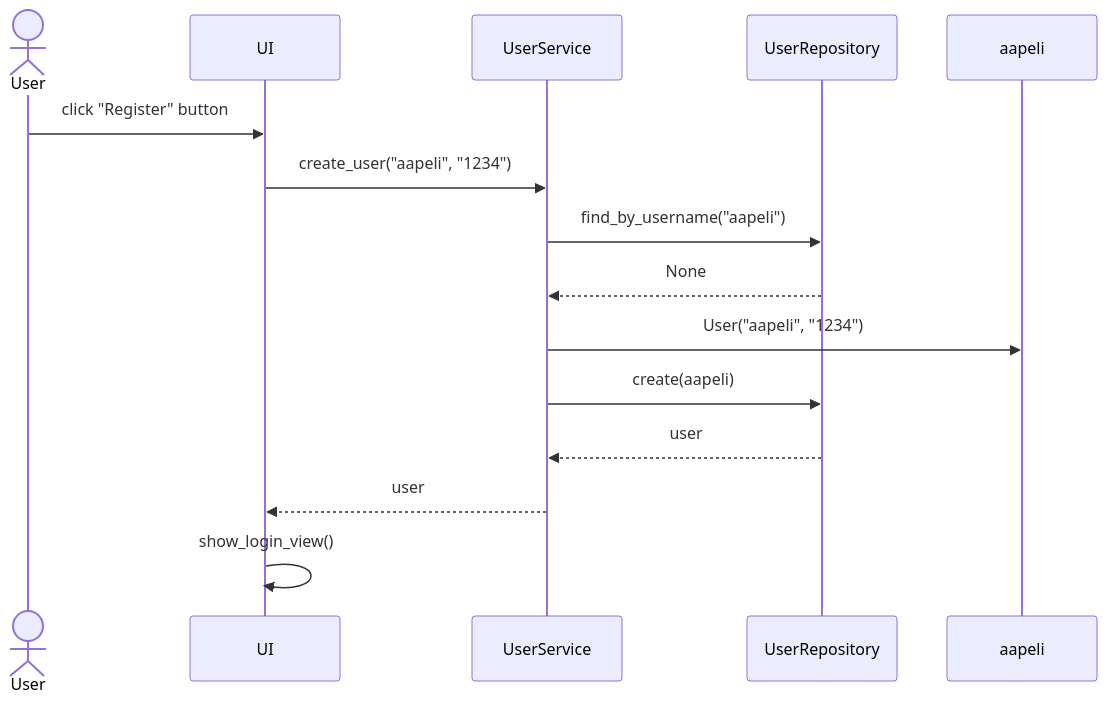
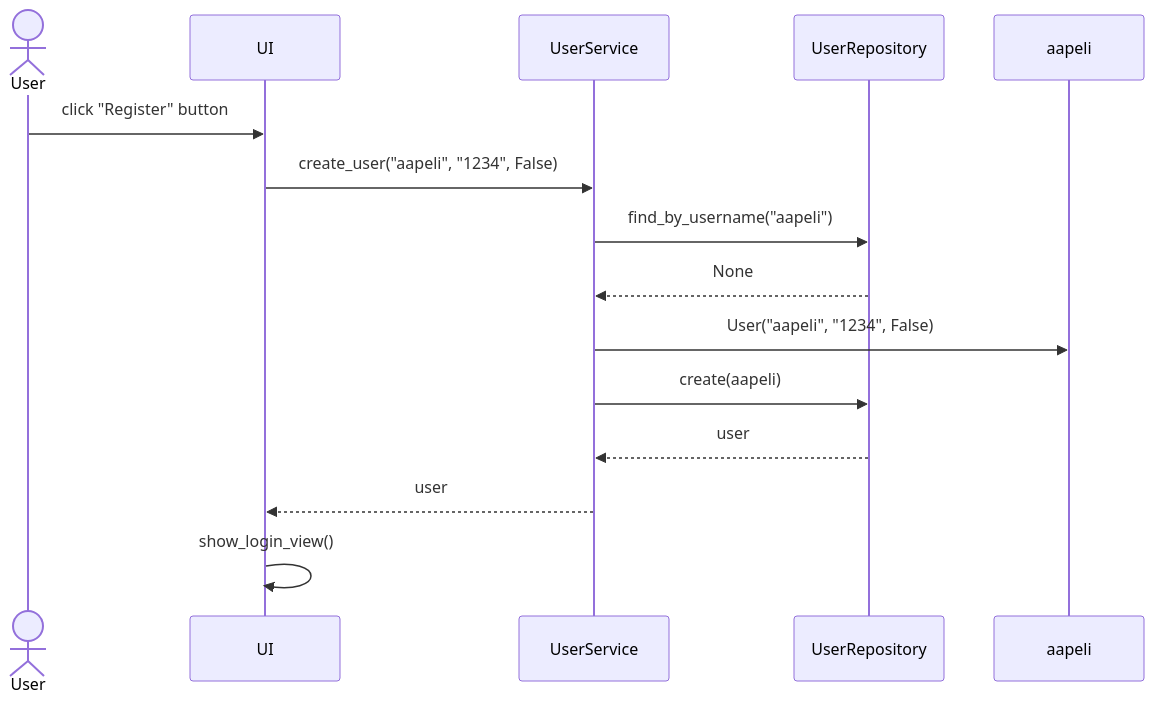
The third of 4 diagrams in dokumentaatio/arkkitehtuuri.md (levomaaa/ot-harjoitustyo), drawn with Mermaid before and after one commit. The commit also changed other lines of this file, not shown here.

````diff
--- a/dokumentaatio/arkkitehtuuri.md
+++ b/dokumentaatio/arkkitehtuuri.md
@@ -69,17 +96,17 @@
 ```mermaid
 sequenceDiagram
   actor User
   participant UI
   participant UserService
   participant UserRepository
   participant aapeli
   User->>UI: click "Register" button
-  UI->>UserService: create_user("aapeli", "1234")
+  UI->>UserService: create_user("aapeli", "1234", False)
   UserService->>UserRepository: find_by_username("aapeli")
   UserRepository-->>UserService: None
-  UserService->>aapeli: User("aapeli", "1234")
+  UserService->>aapeli: User("aapeli", "1234", False)
   UserService->>UserRepository: create(aapeli)
   UserRepository-->>UserService: user
   UserService-->>UI: user
   UI->>UI: show_login_view()
 ```
````
